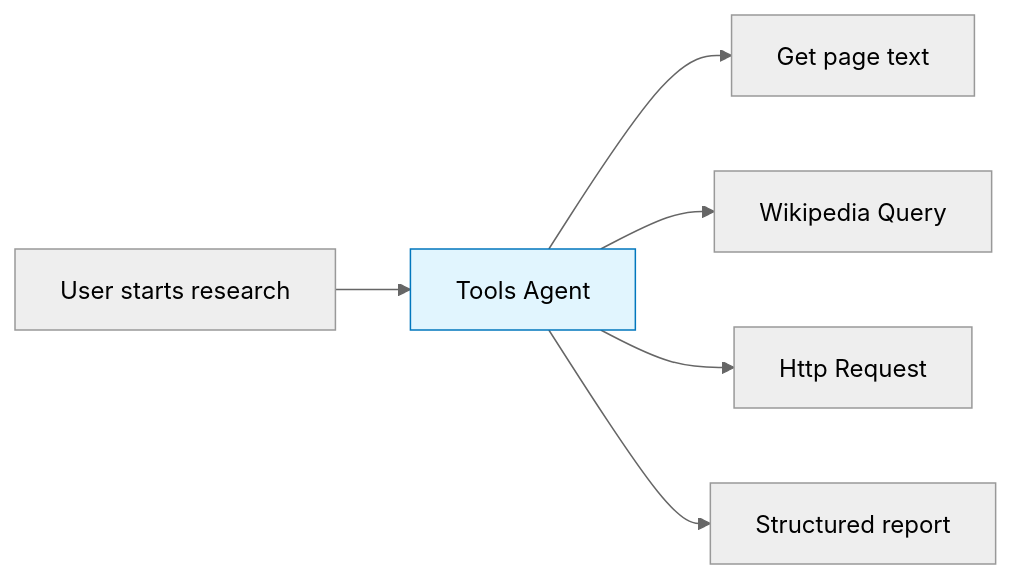
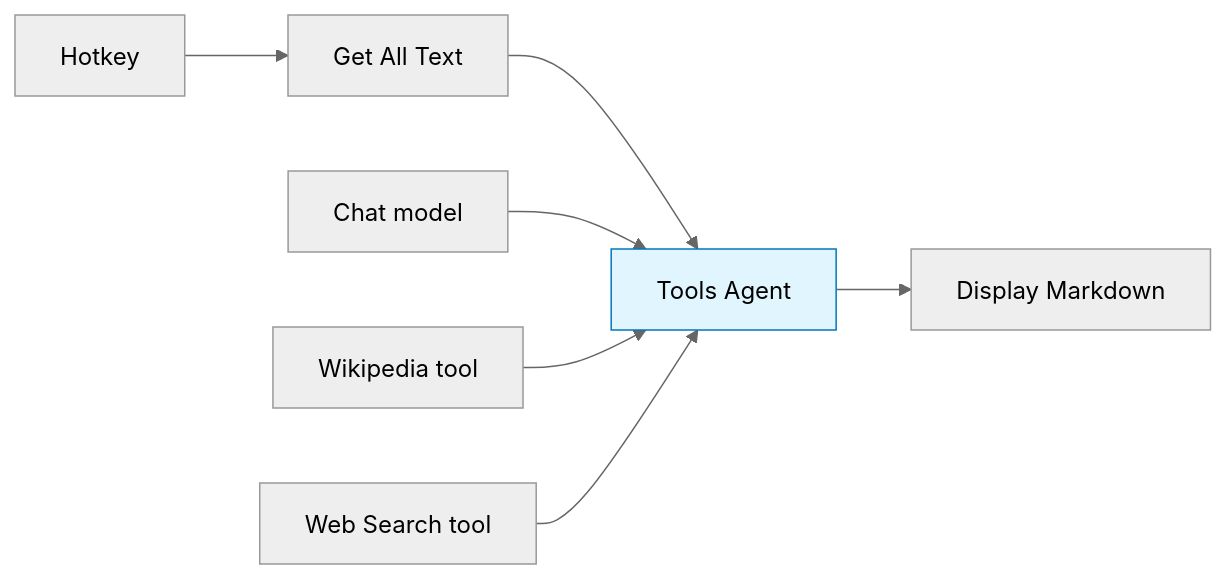
Before and after one commit to agentic-com/Agentic-Flow-Doc: the second of 2 diagrams in src/content/docs/advanced-ai/concepts/ai-agents.mdx, drawn with Mermaid (neutral theme). The commit also changed other lines of this file and 19 other files, not shown here.

````diff
--- a/src/content/docs/advanced-ai/concepts/ai-agents.mdx
+++ b/src/content/docs/advanced-ai/concepts/ai-agents.mdx
@@ -91,10 +96,11 @@
 ```mermaid
 flowchart LR
-  Trigger["User starts research"] --> Agent["Tools Agent"]
-  Agent --> Text["Get page text"]
-  Agent --> Wiki["Wikipedia Query"]
-  Agent --> Http["Http Request"]
-  Agent --> Final["Structured report"]
+  Trigger["Hotkey"] --> Text["Get All Text"]
+  Text --> Agent["Tools Agent"]
+  Model["Chat model"] --> Agent
+  Wiki["Wikipedia tool"] --> Agent
+  Search["Web Search tool"] --> Agent
+  Agent --> Note["Display Markdown"]
 
   style Agent fill:#e1f5fe,stroke:#0277bd
 ```
````
